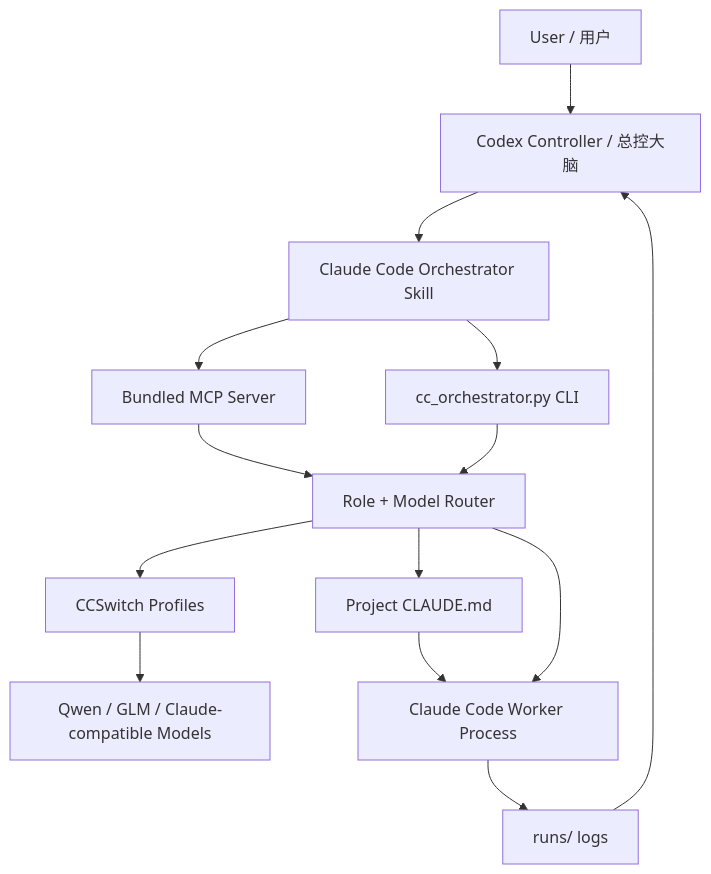
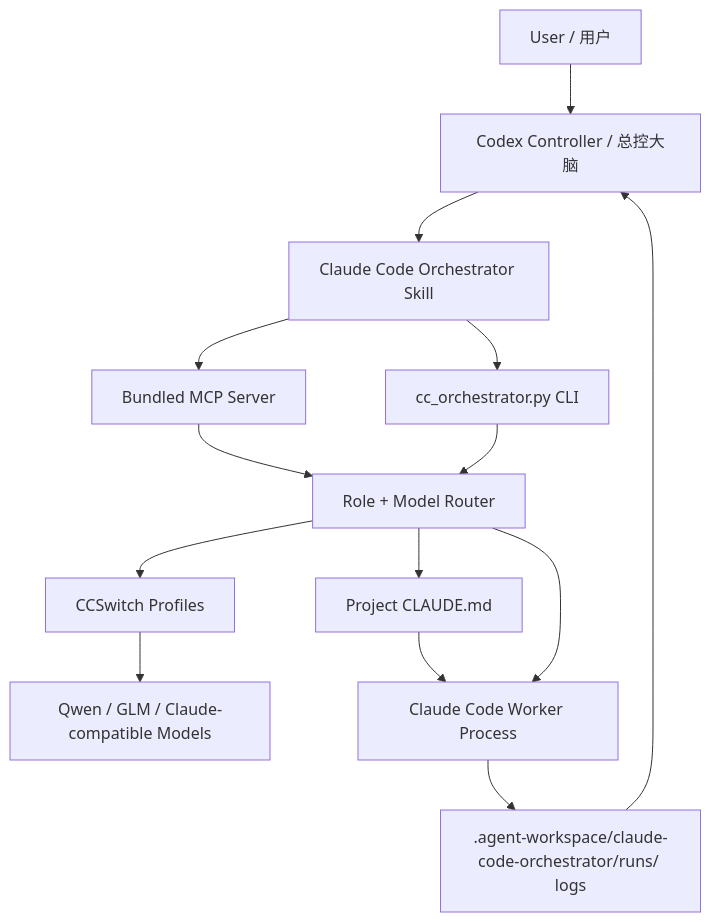
Before and after one commit to chu459/claude-code-orchestrator-skill: the diagram in README.zh-CN.md, drawn with Mermaid. The commit also changed other lines of this file and 23 other files, not shown here.

````diff
--- a/README.zh-CN.md
+++ b/README.zh-CN.md
@@ -600,16 +638,16 @@
 ```mermaid
 flowchart TD
   User["User / 用户"] --> Codex["Codex Controller / 总控大脑"]
   Codex --> Skill["Claude Code Orchestrator Skill"]
   Skill --> MCP["Bundled MCP Server"]
   Skill --> CLI["cc_orchestrator.py CLI"]
   MCP --> Router["Role + Model Router"]
   CLI --> Router
   Router --> CCSwitch["CCSwitch Profiles"]
   CCSwitch --> Models["Qwen / GLM / Claude-compatible Models"]
   Router --> ClaudeMD["Project CLAUDE.md"]
   ClaudeMD --> ClaudeCode["Claude Code Worker Process"]
   Router --> ClaudeCode
-  ClaudeCode --> Runs["runs/<run_id> logs"]
+  ClaudeCode --> Runs[".agent-workspace/claude-code-orchestrator/runs/<run_id> logs"]
   Runs --> Codex
 ```
````
